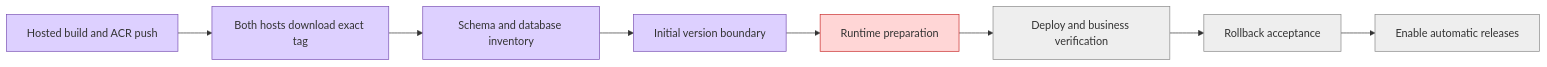
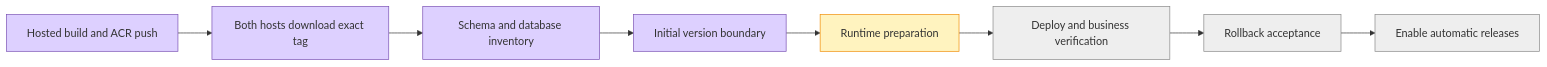
The diagram in docs/superpowers/plans/2026-10-24-unified-image-release.md (boardx/workspacex), drawn with Mermaid before and after one commit. The commit also changed other lines of this file and 4 other files, not shown here.

````diff
--- a/docs/superpowers/plans/2026-10-24-unified-image-release.md
+++ b/docs/superpowers/plans/2026-10-24-unified-image-release.md
@@ -21,17 +21,18 @@
 ```mermaid
 flowchart LR
   A[Hosted build and ACR push] --> B[Both hosts download exact tag]
   B --> C[Schema and database inventory]
   C --> D[Initial version boundary]
   D --> E[Runtime preparation]
   E --> F[Deploy and business verification]
   F --> G[Rollback acceptance]
   G --> H[Enable automatic releases]
   classDef tested fill:#ddd0ff,stroke:#7950b3
   classDef blocked fill:#ffd6d6,stroke:#c92a2a
   classDef pending fill:#eee,stroke:#888
   class A,B,C tested
   class D tested
-  class E blocked
+  classDef doing fill:#fff3bf,stroke:#f08c00
+  class E doing
   class F,G,H pending
 ```
````
